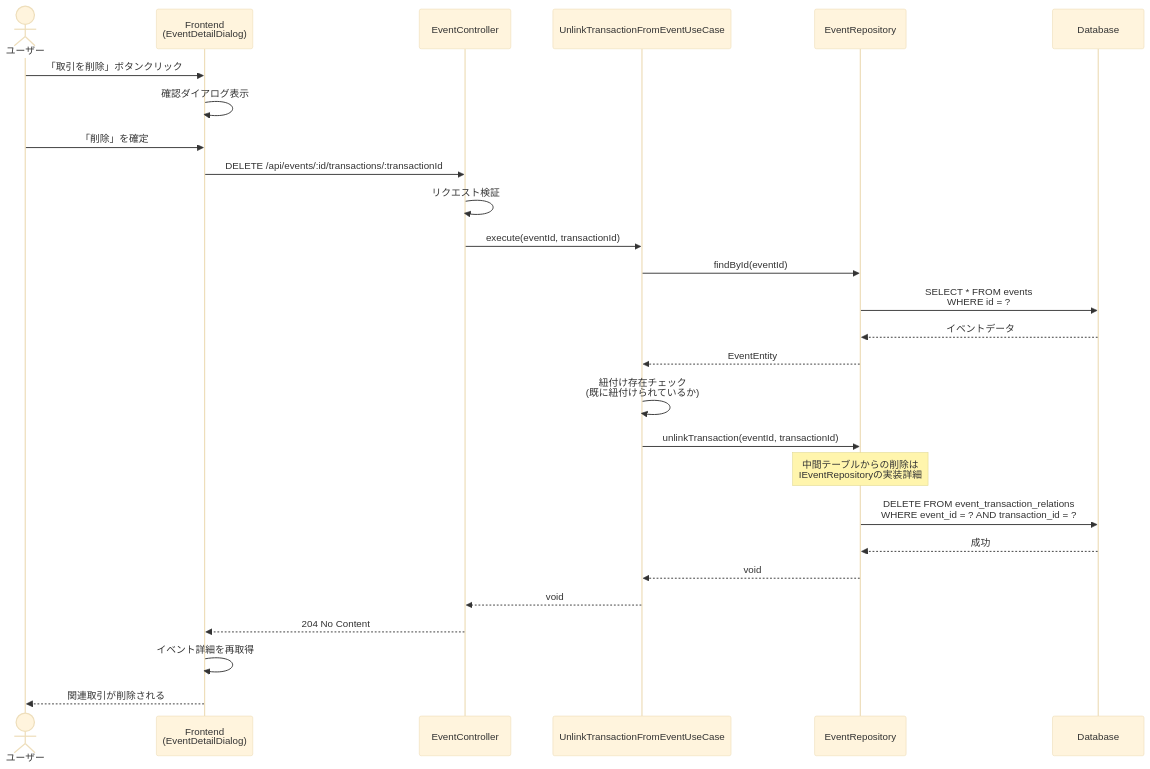
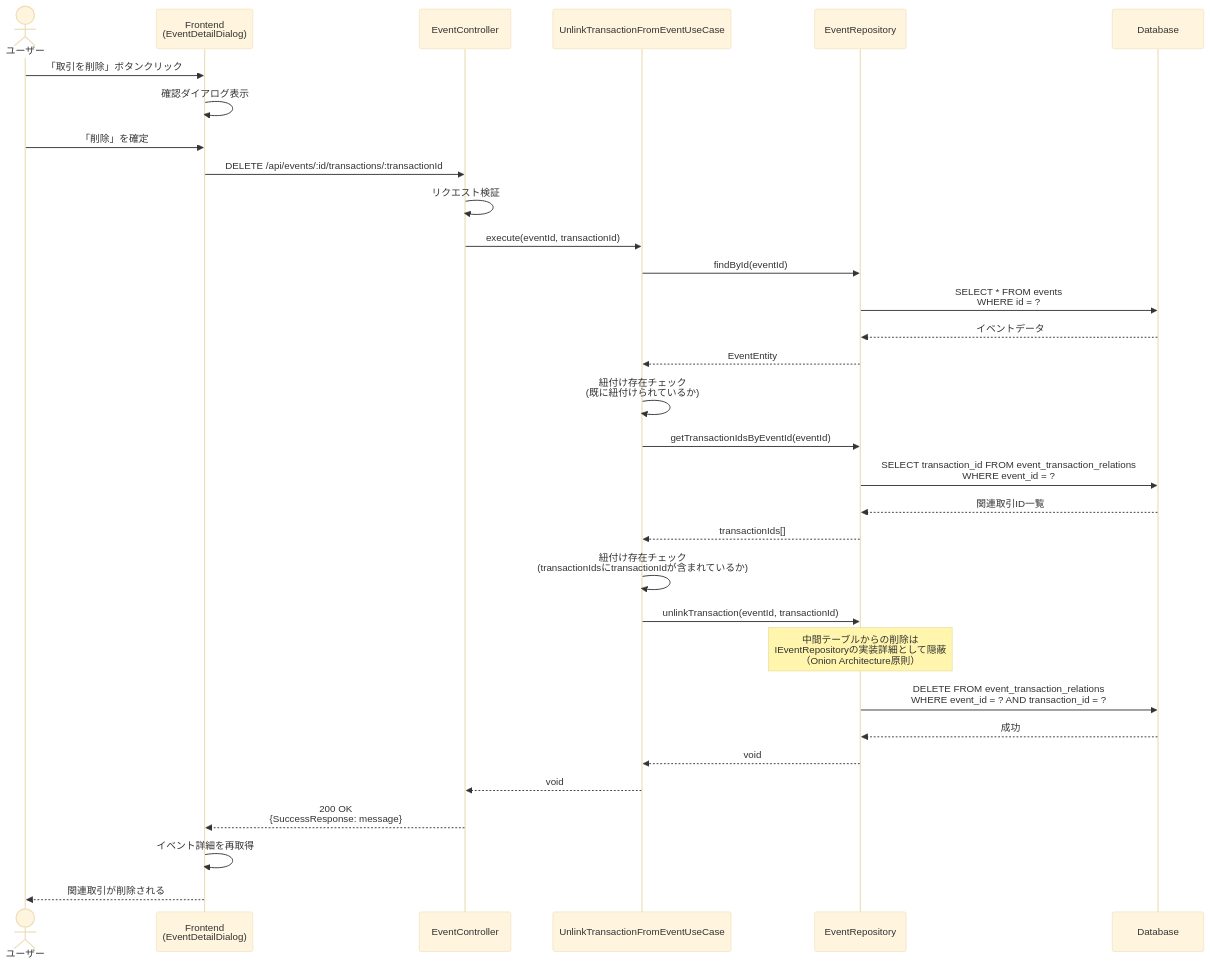
The seventh of 10 diagrams in docs/detailed-design/FR-021_event-memo/sequence-diagrams.md (kencom2400/account-book), drawn with Mermaid (base theme) before and after one commit. The commit also changed other lines of this file and 3 other files, not shown here.

````diff
--- a/docs/detailed-design/FR-021_event-memo/sequence-diagrams.md
+++ b/docs/detailed-design/FR-021_event-memo/sequence-diagrams.md
@@ -438,37 +448,44 @@
 ```mermaid
 sequenceDiagram
     actor User as ユーザー
     participant FE as Frontend<br/>(EventDetailDialog)
     participant API as EventController
     participant UC as UnlinkTransactionFromEventUseCase
     participant EventRepo as EventRepository
     participant DB as Database
 
     User->>FE: 「取引を削除」ボタンクリック
     FE->>FE: 確認ダイアログ表示
 
     User->>FE: 「削除」を確定
     FE->>API: DELETE /api/events/:id/transactions/:transactionId
 
     API->>API: リクエスト検証
     API->>UC: execute(eventId, transactionId)
 
     UC->>EventRepo: findById(eventId)
     EventRepo->>DB: SELECT * FROM events<br/>WHERE id = ?
     DB-->>EventRepo: イベントデータ
     EventRepo-->>UC: EventEntity
 
     UC->>UC: 紐付け存在チェック<br/>(既に紐付けられているか)
 
+    UC->>EventRepo: getTransactionIdsByEventId(eventId)
+    EventRepo->>DB: SELECT transaction_id FROM event_transaction_relations<br/>WHERE event_id = ?
+    DB-->>EventRepo: 関連取引ID一覧
+    EventRepo-->>UC: transactionIds[]
+
+    UC->>UC: 紐付け存在チェック<br/>(transactionIdsにtransactionIdが含まれているか)
+
     UC->>EventRepo: unlinkTransaction(eventId, transactionId)
-    Note over EventRepo: 中間テーブルからの削除は<br/>IEventRepositoryの実装詳細
+    Note over EventRepo: 中間テーブルからの削除は<br/>IEventRepositoryの実装詳細として隠蔽<br/>（Onion Architecture原則）
     EventRepo->>DB: DELETE FROM event_transaction_relations<br/>WHERE event_id = ? AND transaction_id = ?
     DB-->>EventRepo: 成功
     EventRepo-->>UC: void
 
     UC-->>API: void
-    API-->>FE: 204 No Content
+    API-->>FE: 200 OK<br/>{SuccessResponse: message}
 
     FE->>FE: イベント詳細を再取得
     FE-->>User: 関連取引が削除される
 ```
````
